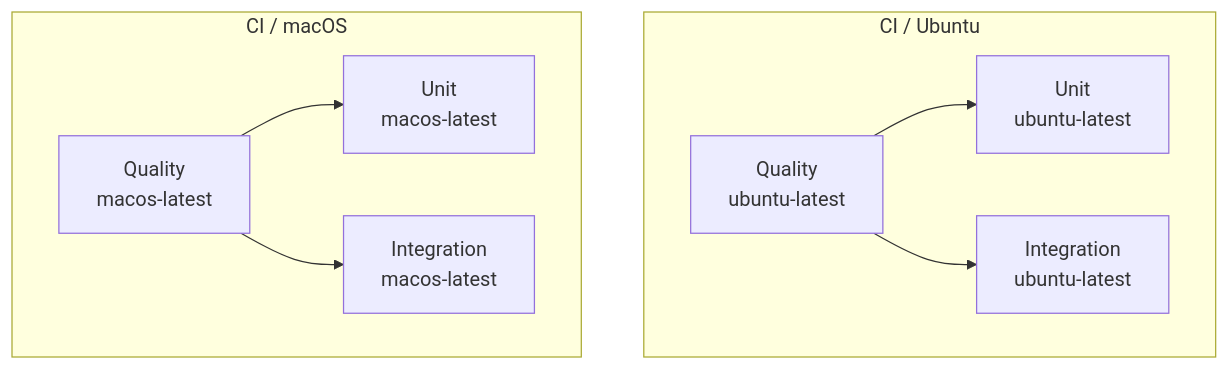
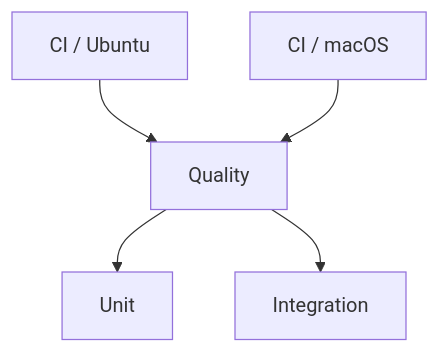
The diagram in docs/CI.md (mhambre/sparseio), drawn with Mermaid before and after one commit. The commit also changed other lines of this file, not shown here.

````diff
--- a/docs/CI.md
+++ b/docs/CI.md
@@ -12,18 +12,13 @@
 ```mermaid
 flowchart TD
-    subgraph Ubuntu["CI / Ubuntu"]
-        UQ["Quality\nubuntu-latest"]
-        UU["Unit\nubuntu-latest"]
-        UI["Integration\nubuntu-latest"]
-        UQ --> UU
-        UQ --> UI
-    end
+    U["CI / Ubuntu"]
+    M["CI / macOS"]
+    Q["Quality"]
+    T["Unit"]
+    I["Integration"]
 
-    subgraph MacOS["CI / macOS"]
-        MQ["Quality\nmacos-latest"]
-        MU["Unit\nmacos-latest"]
-        MI["Integration\nmacos-latest"]
-        MQ --> MU
-        MQ --> MI
-    end
+    U --> Q
+    M --> Q
+    Q --> T
+    Q --> I
 ```
````
